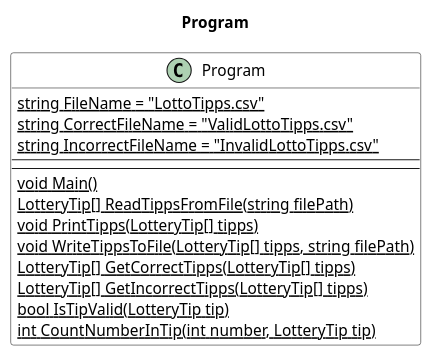
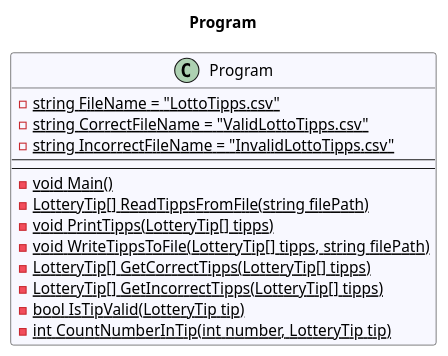
One commit to leoggehrer/2324-34_ABIF_ACIF_POSE changed the diagram in LotteryChecker.ConApp/diagrams/cd_Program.puml. Above: the diagram before and after it, drawn with PlantUML. The commit also changed 6 other files, not shown here.

Commit message:
Generated diagrams.

```diff
--- a/LotteryChecker.ConApp/diagrams/cd_Program.puml
+++ b/LotteryChecker.ConApp/diagrams/cd_Program.puml
@@ -1,18 +1,18 @@
 @startuml Program
 title Program
-class Program #White {
-  {static} string FileName = "LottoTipps.csv"
-  {static} string CorrectFileName = "ValidLottoTipps.csv"
-  {static} string IncorrectFileName = "InvalidLottoTipps.csv"
+class Program #GhostWhite {
+  - {static} string FileName = "LottoTipps.csv"
+  - {static} string CorrectFileName = "ValidLottoTipps.csv"
+  - {static} string IncorrectFileName = "InvalidLottoTipps.csv"
 ---
 ---
-{static} void Main()
-{static} LotteryTip[] ReadTippsFromFile(string filePath)
-{static} void PrintTipps(LotteryTip[] tipps)
-{static} void WriteTippsToFile(LotteryTip[] tipps, string filePath)
-{static} LotteryTip[] GetCorrectTipps(LotteryTip[] tipps)
-{static} LotteryTip[] GetIncorrectTipps(LotteryTip[] tipps)
-{static} bool IsTipValid(LotteryTip tip)
-{static} int CountNumberInTip(int number, LotteryTip tip)
+-{static} void Main()
+-{static} LotteryTip[] ReadTippsFromFile(string filePath)
+-{static} void PrintTipps(LotteryTip[] tipps)
+-{static} void WriteTippsToFile(LotteryTip[] tipps, string filePath)
+-{static} LotteryTip[] GetCorrectTipps(LotteryTip[] tipps)
+-{static} LotteryTip[] GetIncorrectTipps(LotteryTip[] tipps)
+-{static} bool IsTipValid(LotteryTip tip)
+-{static} int CountNumberInTip(int number, LotteryTip tip)
 }
 @enduml
```
